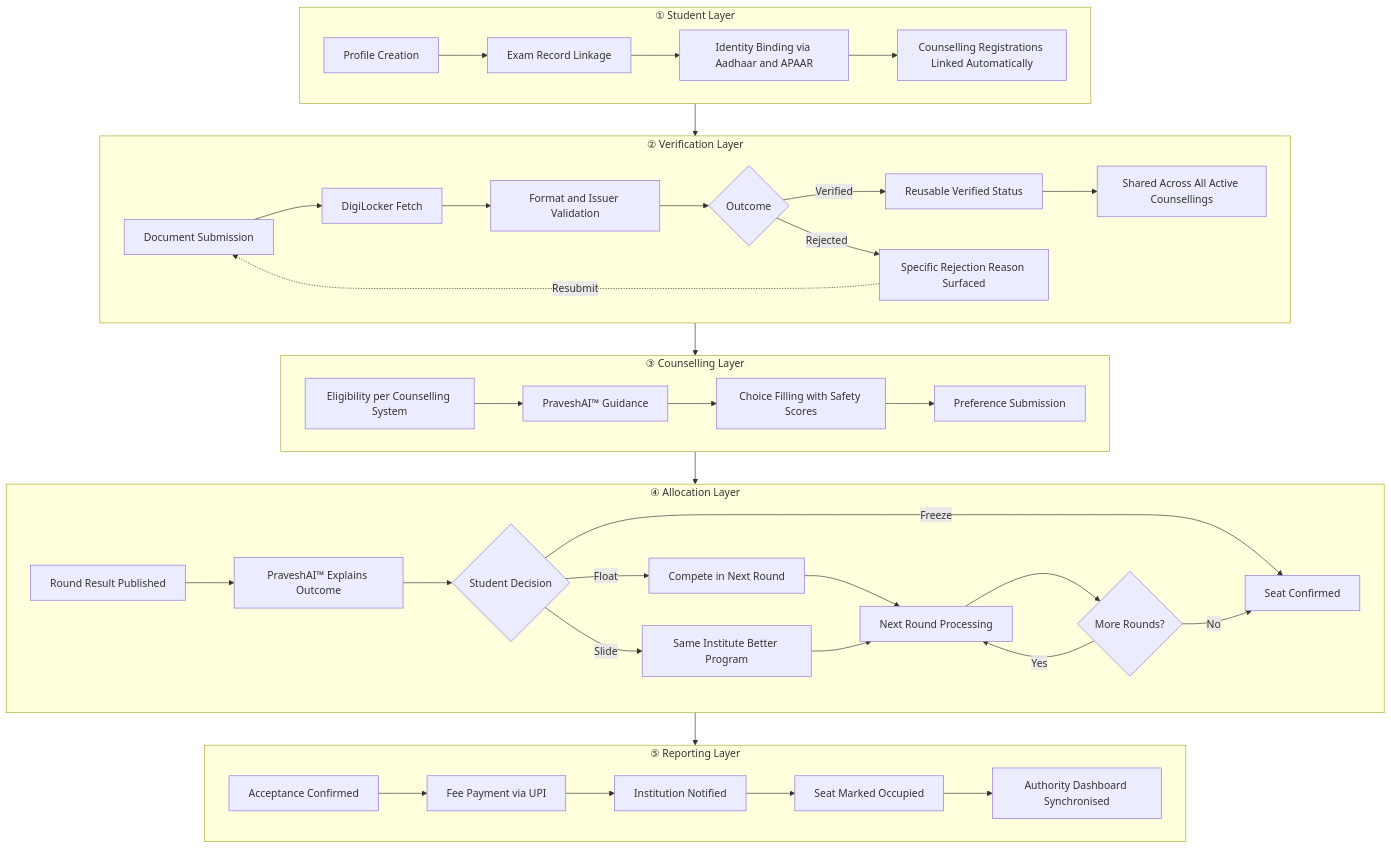
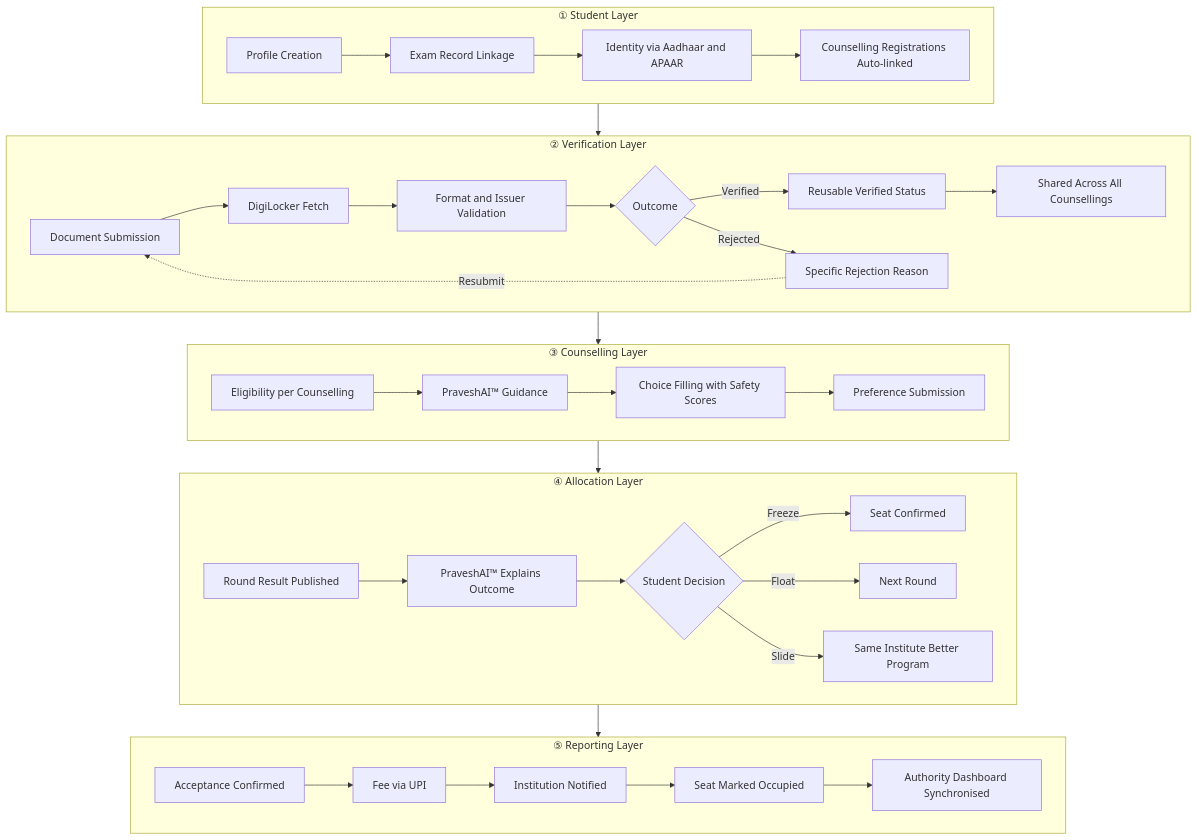
One commit to aashrutsharma2/docs changed the diagram in foundation.mdx. Above: the diagram before and after it, drawn with Mermaid. The commit also changed other lines of this file, not shown here.

````diff
--- a/foundation.mdx
+++ b/foundation.mdx
@@ -98,46 +340,41 @@
 ```mermaid
 flowchart TD
     subgraph SL ["① Student Layer"]
         S1[Profile Creation] --> S2[Exam Record Linkage]
-        S2 --> S3[Identity Binding via Aadhaar and APAAR]
-        S3 --> S4[Counselling Registrations Linked Automatically]
+        S2 --> S3[Identity via Aadhaar and APAAR]
+        S3 --> S4[Counselling Registrations Auto-linked]
     end
 
     subgraph VL ["② Verification Layer"]
         V1[Document Submission] --> V2[DigiLocker Fetch]
         V2 --> V3[Format and Issuer Validation]
         V3 --> V4{Outcome}
         V4 -- Verified --> V5[Reusable Verified Status]
-        V4 -- Rejected --> V6[Specific Rejection Reason Surfaced]
+        V4 -- Rejected --> V6[Specific Rejection Reason]
         V6 -.->|Resubmit| V1
-        V5 --> V7[Shared Across All Active Counsellings]
+        V5 --> V7[Shared Across All Counsellings]
     end
 
     subgraph CL ["③ Counselling Layer"]
-        C1[Eligibility per Counselling System] --> C2[PraveshAI™ Guidance]
+        C1[Eligibility per Counselling] --> C2[PraveshAI™ Guidance]
         C2 --> C3[Choice Filling with Safety Scores]
         C3 --> C4[Preference Submission]
     end
 
     subgraph AL ["④ Allocation Layer"]
         A1[Round Result Published] --> A2[PraveshAI™ Explains Outcome]
         A2 --> A3{Student Decision}
         A3 -- Freeze --> A4[Seat Confirmed]
-        A3 -- Float --> A5[Compete in Next Round]
+        A3 -- Float --> A5[Next Round]
         A3 -- Slide --> A6[Same Institute Better Program]
-        A5 --> A7[Next Round Processing]
-        A6 --> A7
-        A7 --> A8{More Rounds?}
-        A8 -- Yes --> A7
-        A8 -- No --> A4
     end
 
     subgraph RL ["⑤ Reporting Layer"]
-        R1[Acceptance Confirmed] --> R2[Fee Payment via UPI]
+        R1[Acceptance Confirmed] --> R2[Fee via UPI]
         R2 --> R3[Institution Notified]
         R3 --> R4[Seat Marked Occupied]
         R4 --> R5[Authority Dashboard Synchronised]
     end
 
     SL --> VL --> CL --> AL --> RL
 ```
````
